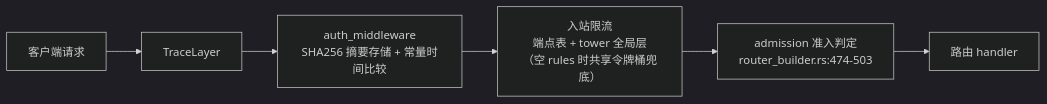
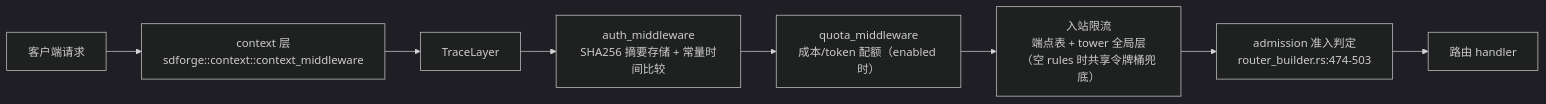
One commit to Kirky-X/fluxgate changed the eighth of 9 diagrams in docs/ARCHITECTURE.md. Above: the diagram before and after it, drawn with Mermaid (dark theme). The commit also changed other lines of this file and 2 other files, not shown here.

````diff
--- a/docs/ARCHITECTURE.md
+++ b/docs/ARCHITECTURE.md
@@ -502,8 +502,10 @@
 ```mermaid
 flowchart LR
-    A["客户端请求"] --> T["TraceLayer"]
+    A["客户端请求"] --> CTX["context 层<br/>sdforge::context::context_middleware"]
+    CTX --> T["TraceLayer"]
     T --> AUTH["auth_middleware<br/>SHA256 摘要存储 + 常量时间比较"]
-    AUTH --> RL["入站限流<br/>端点表 + tower 全局层<br/>（空 rules 时共享令牌桶兜底）"]
+    AUTH --> Q["quota_middleware<br/>成本/token 配额（enabled 时）"]
+    Q --> RL["入站限流<br/>端点表 + tower 全局层<br/>（空 rules 时共享令牌桶兜底）"]
     RL --> ADM["admission 准入判定<br/>router_builder.rs:474-503"]
     ADM --> H["路由 handler"]
 ```
````
